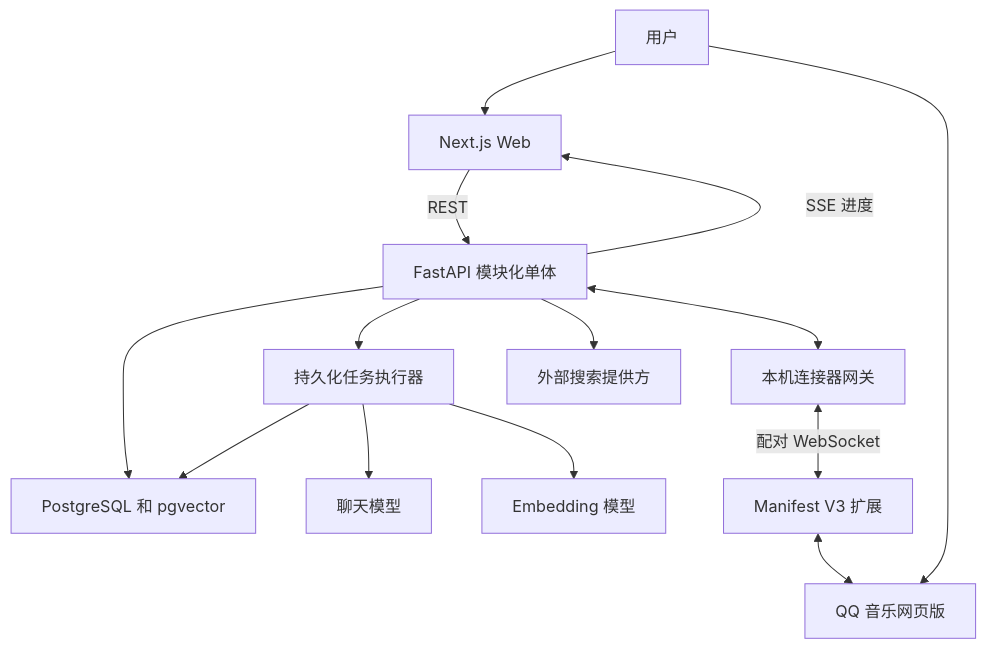
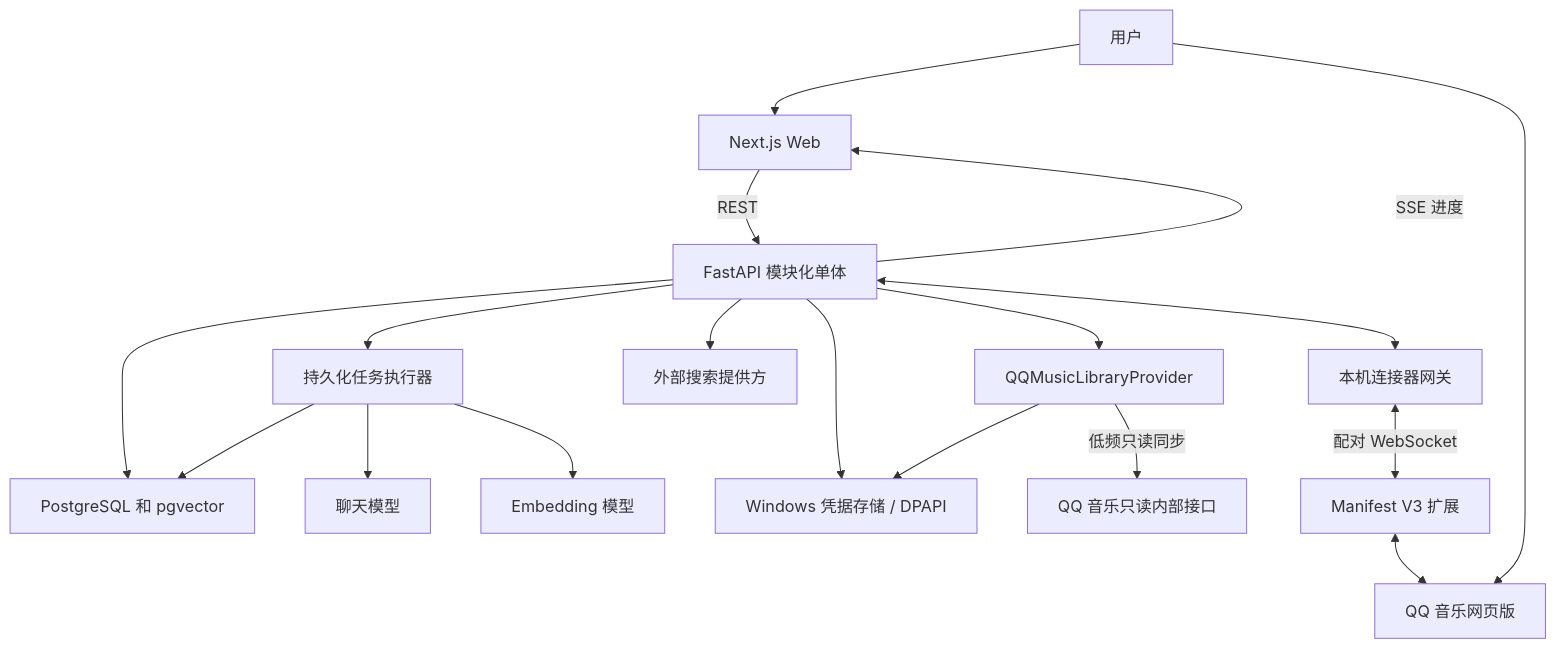
The diagram in docs/architecture/SYSTEM_DESIGN.md (Chandler-h-blake/mood-music), drawn with Mermaid before and after one commit. The commit also changed other lines of this file and 12 other files, not shown here.

Commit message:
docs(architecture): adopt local cookie library sync

````diff
--- a/docs/architecture/SYSTEM_DESIGN.md
+++ b/docs/architecture/SYSTEM_DESIGN.md
@@ -11,28 +11,35 @@
 ```mermaid
 flowchart TB
     User["用户"]
     Web["Next.js Web"]
     API["FastAPI 模块化单体"]
     Jobs["持久化任务执行器"]
     DB["PostgreSQL 和 pgvector"]
     LLM["聊天模型"]
     Embed["Embedding 模型"]
     Search["外部搜索提供方"]
+    CredentialStore["Windows 凭据存储 / DPAPI"]
+    QQLibrary["QQMusicLibraryProvider"]
+    QQAPI["QQ 音乐只读内部接口"]
     Bridge["本机连接器网关"]
     Extension["Manifest V3 扩展"]
     QQ["QQ 音乐网页版"]
 
     User --> Web
     User --> QQ
     Web -->|"REST"| API
     API -->|"SSE 进度"| Web
     API --> DB
     API --> Jobs
     Jobs --> DB
     Jobs --> LLM
     Jobs --> Embed
     API --> Search
+    API --> CredentialStore
+    API --> QQLibrary
+    QQLibrary --> CredentialStore
+    QQLibrary -->|"低频只读同步"| QQAPI
     API <--> Bridge
     Bridge <-->|"配对 WebSocket"| Extension
     Extension <--> QQ
 ```
````
